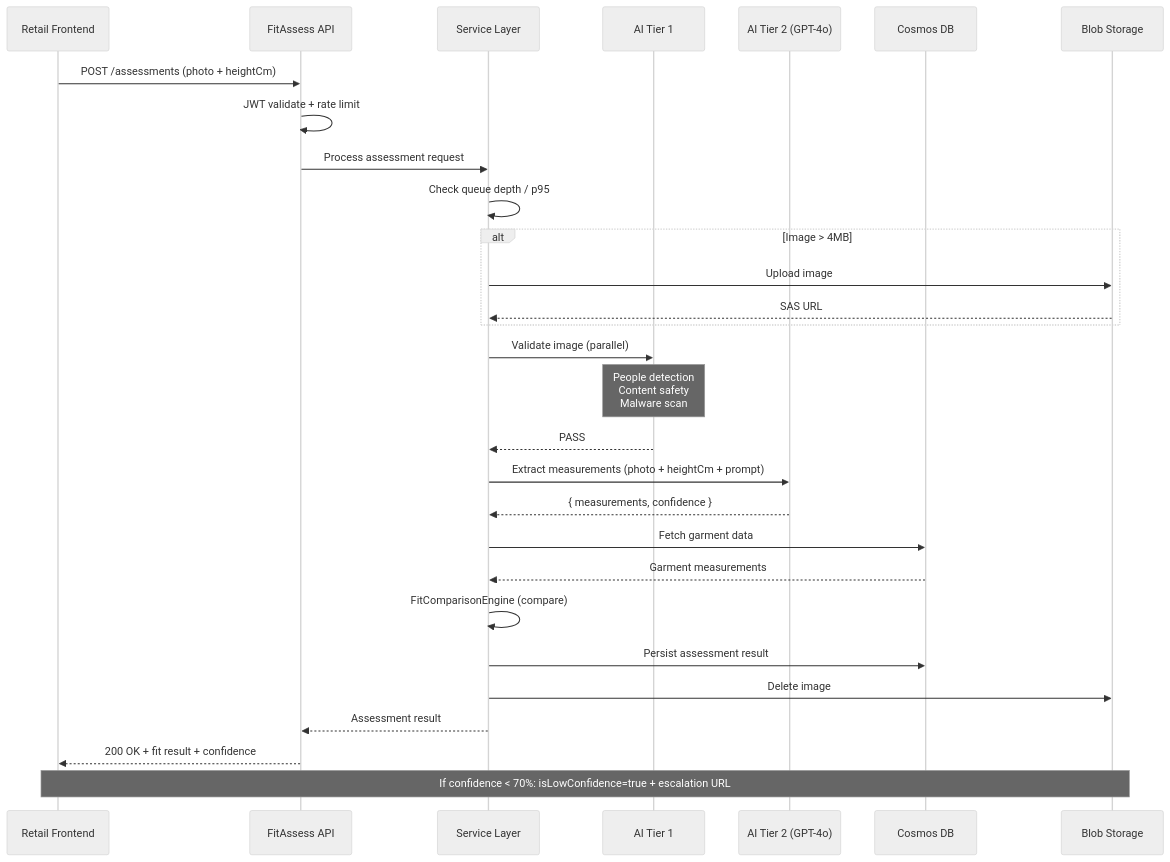
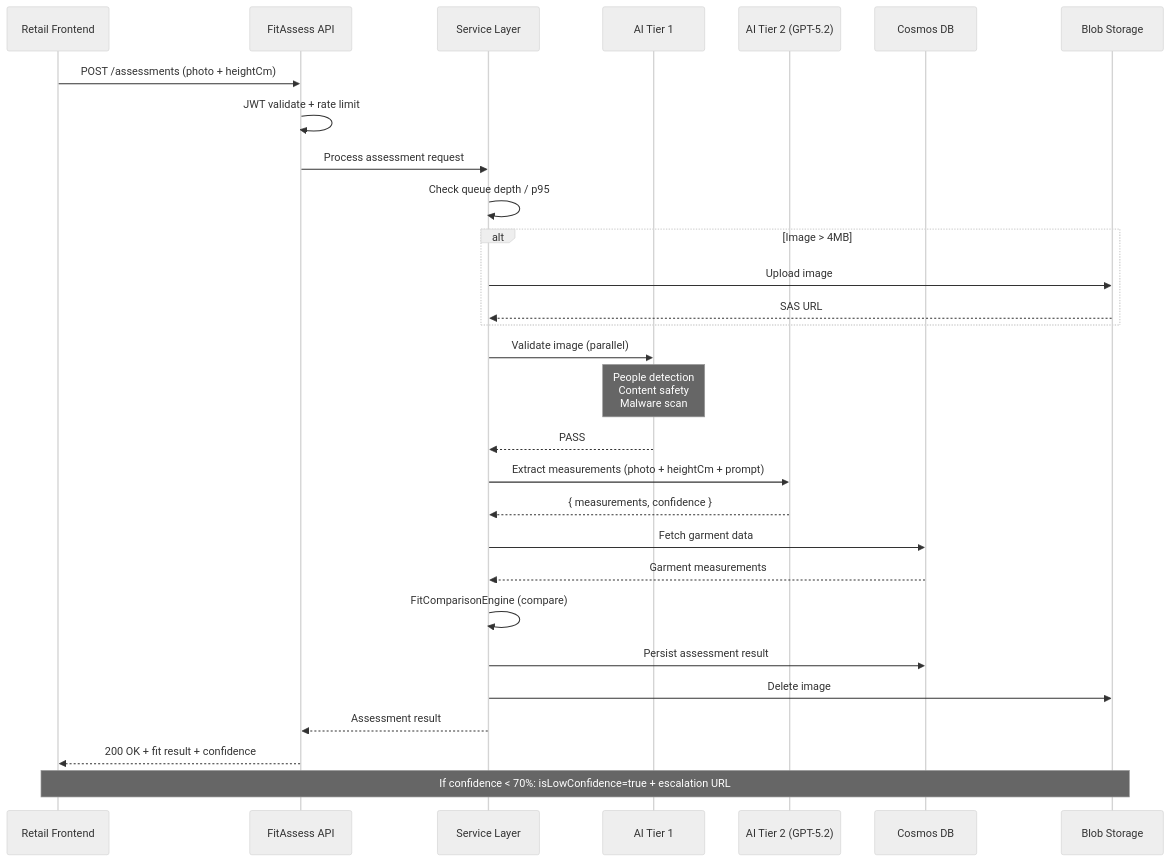
The fourth of 12 diagrams in docs/architecture/diagrams-mermaid.md (akhayash/RetailTeam-workshop), drawn with Mermaid (neutral theme) before and after one commit. The commit also changed other lines of this file and 9 other files, not shown here.

First line of the commit message:
docs: update AI models - Florence-2 for Tier 1, GPT-5.2 for Tier 2

````diff
--- a/docs/architecture/diagrams-mermaid.md
+++ b/docs/architecture/diagrams-mermaid.md
@@ -143,39 +143,39 @@
 ```mermaid
 sequenceDiagram
     participant FE as Retail Frontend
     participant API as FitAssess API
     participant SVC as Service Layer
     participant T1 as AI Tier 1
-    participant T2 as AI Tier 2 (GPT-4o)
+    participant T2 as AI Tier 2 (GPT-5.2)
     participant DB as Cosmos DB
     participant Blob as Blob Storage
 
     FE->>API: POST /assessments (photo + heightCm)
     API->>API: JWT validate + rate limit
     API->>SVC: Process assessment request
     SVC->>SVC: Check queue depth / p95
     
     alt Image > 4MB
         SVC->>Blob: Upload image
         Blob-->>SVC: SAS URL
     end
 
     SVC->>T1: Validate image (parallel)
     Note over T1: People detection<br/>Content safety<br/>Malware scan
     T1-->>SVC: PASS
 
     SVC->>T2: Extract measurements (photo + heightCm + prompt)
     T2-->>SVC: { measurements, confidence }
 
     SVC->>DB: Fetch garment data
     DB-->>SVC: Garment measurements
     SVC->>SVC: FitComparisonEngine (compare)
 
     SVC->>DB: Persist assessment result
     SVC->>Blob: Delete image
 
     SVC-->>API: Assessment result
     API-->>FE: 200 OK + fit result + confidence
 
     Note over FE,Blob: If confidence < 70%: isLowConfidence=true + escalation URL
 ```
````
